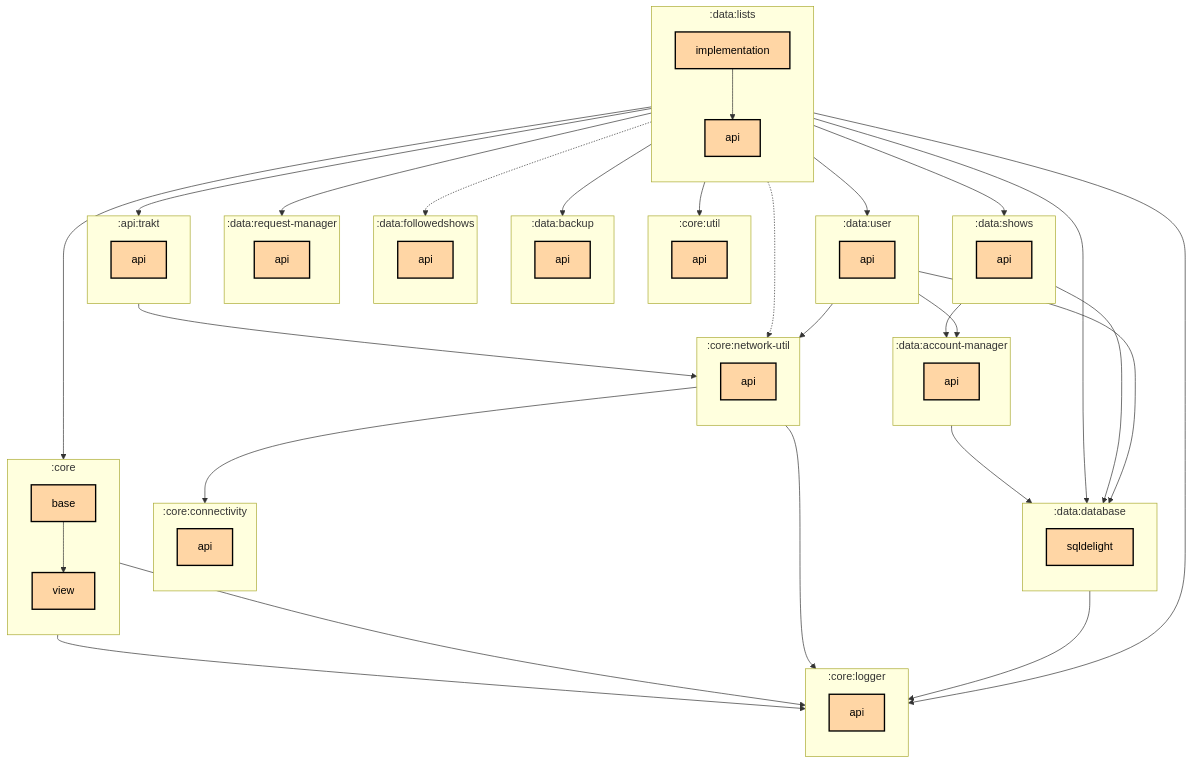
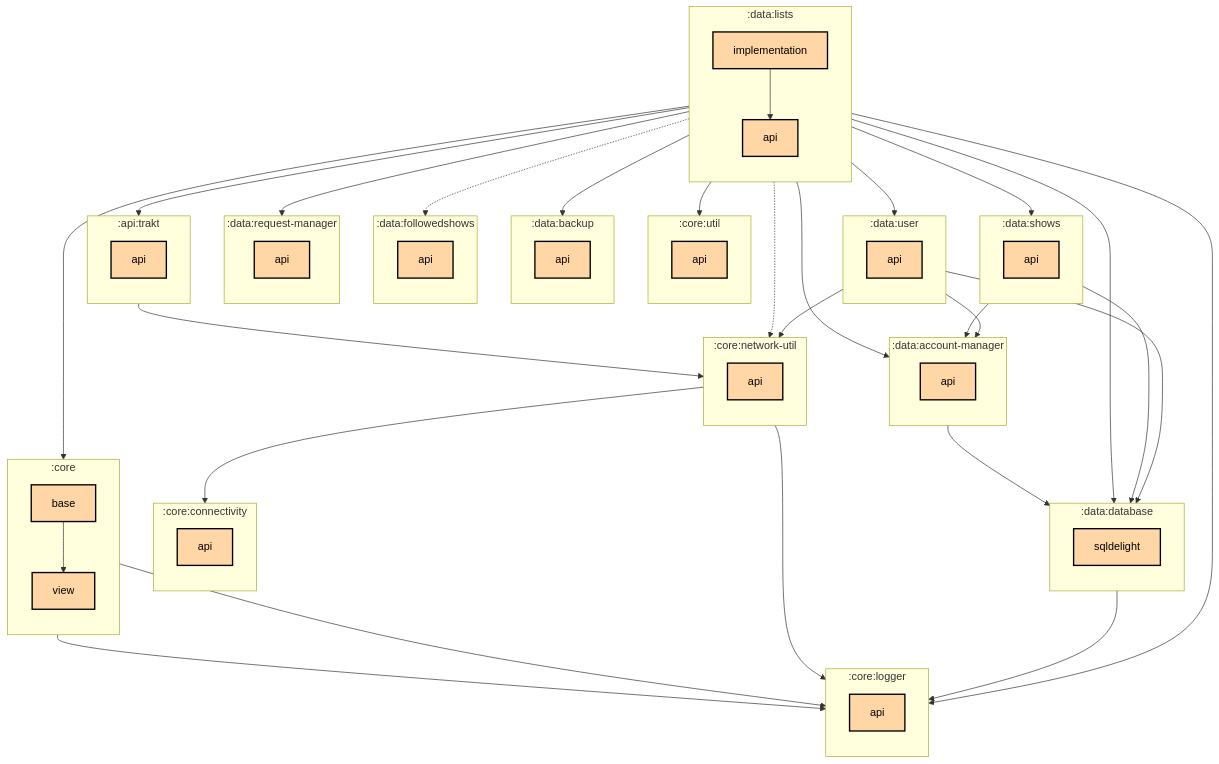
The first of 2 diagrams in data/lists/implementation/README.md (thomaskioko/tv-maniac), drawn with Mermaid before and after one commit. The commit also changed 70 other files, not shown here.

```diff
--- a/data/lists/implementation/README.md
+++ b/data/lists/implementation/README.md
@@ -77,6 +77,7 @@
   :data:lists:implementation --> :core:logger:api
   :data:lists:implementation -.-> :core:network-util:api
   :data:lists:implementation --> :core:util:api
+  :data:lists:implementation --> :data:account-manager:api
   :data:lists:implementation --> :data:backup:api
   :data:lists:implementation --> :data:database:sqldelight
   :data:lists:implementation -.-> :data:followedshows:api
```
